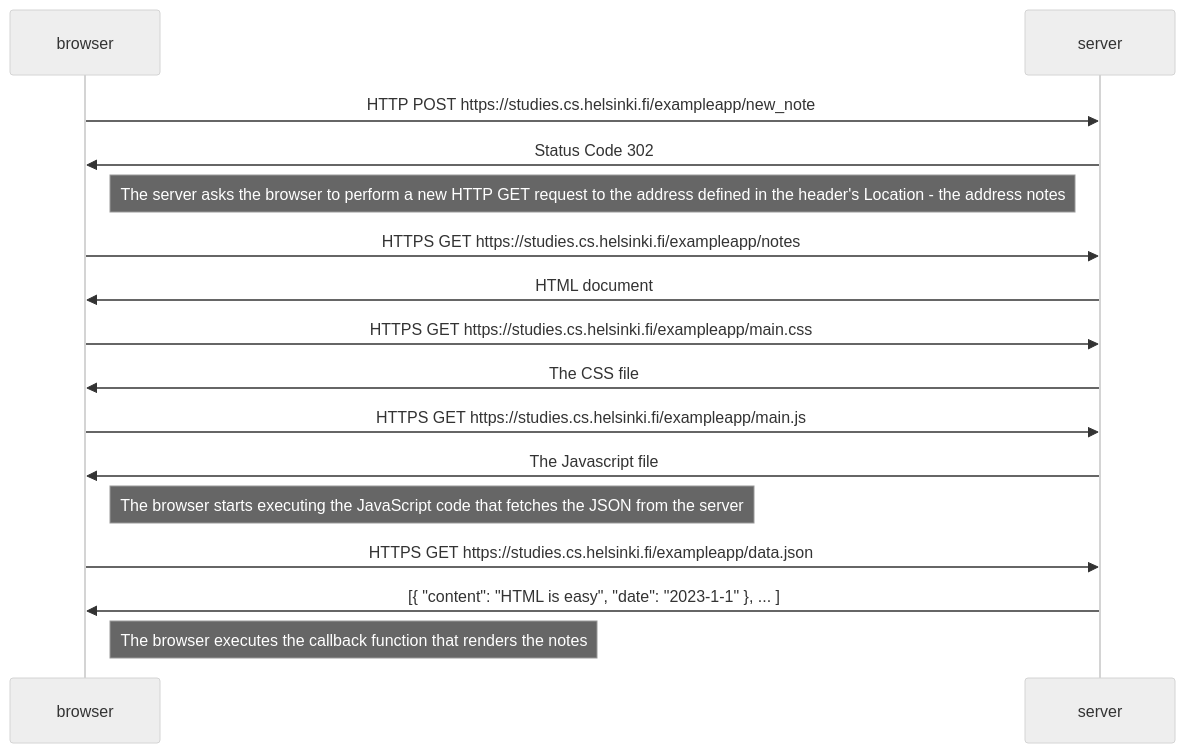
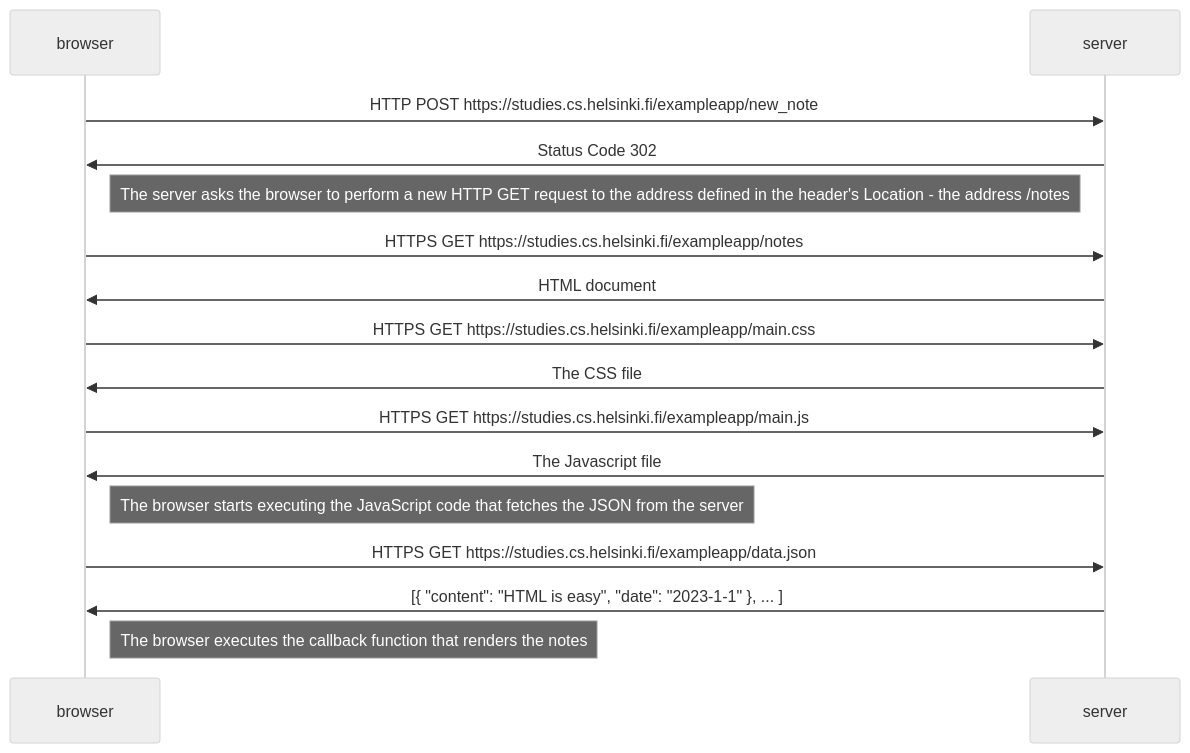
One commit to freesalome/fullstackopen changed the diagram in part0/0.4.md. Above: the diagram before and after it, drawn with Mermaid (neutral theme).

Commit message:
Update note about server redirection process

````diff
--- a/part0/0.4.md
+++ b/part0/0.4.md
@@ -1,31 +1,31 @@
 ```mermaid
 
 sequenceDiagram
 
 browser->>server: HTTP POST https://studies.cs.helsinki.fi/exampleapp/new_note
 
 server->>browser: Status Code 302
 
-Note left of server: The server asks the browser to perform a new HTTP GET request to the address defined in the header's Location - the address notes
+Note left of server: The server asks the browser to perform a new HTTP GET request to the address defined in the header's Location - the address /notes
 
 browser->>server: HTTPS GET https://studies.cs.helsinki.fi/exampleapp/notes
 
 server->>browser: HTML document
 
 browser->>server: HTTPS GET https://studies.cs.helsinki.fi/exampleapp/main.css
 
 server->>browser: The CSS file
 
 browser->>server: HTTPS GET https://studies.cs.helsinki.fi/exampleapp/main.js
 
 server->>browser: The Javascript file
 
 Note right of browser: The browser starts executing the JavaScript code that fetches the JSON from the server
 
 browser->>server: HTTPS GET https://studies.cs.helsinki.fi/exampleapp/data.json
 
 server->>browser: [{ "content": "HTML is easy", "date": "2023-1-1" }, ... ]
 
 Note right of browser: The browser executes the callback function that renders the notes
 
 ```
````
